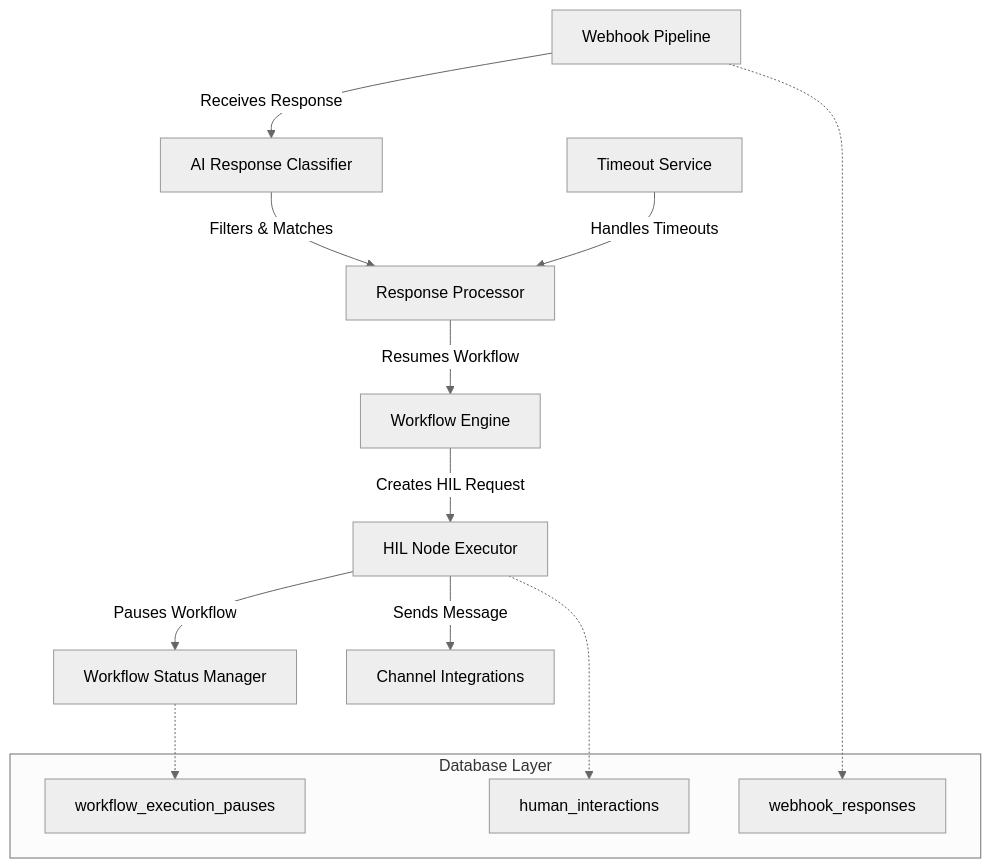
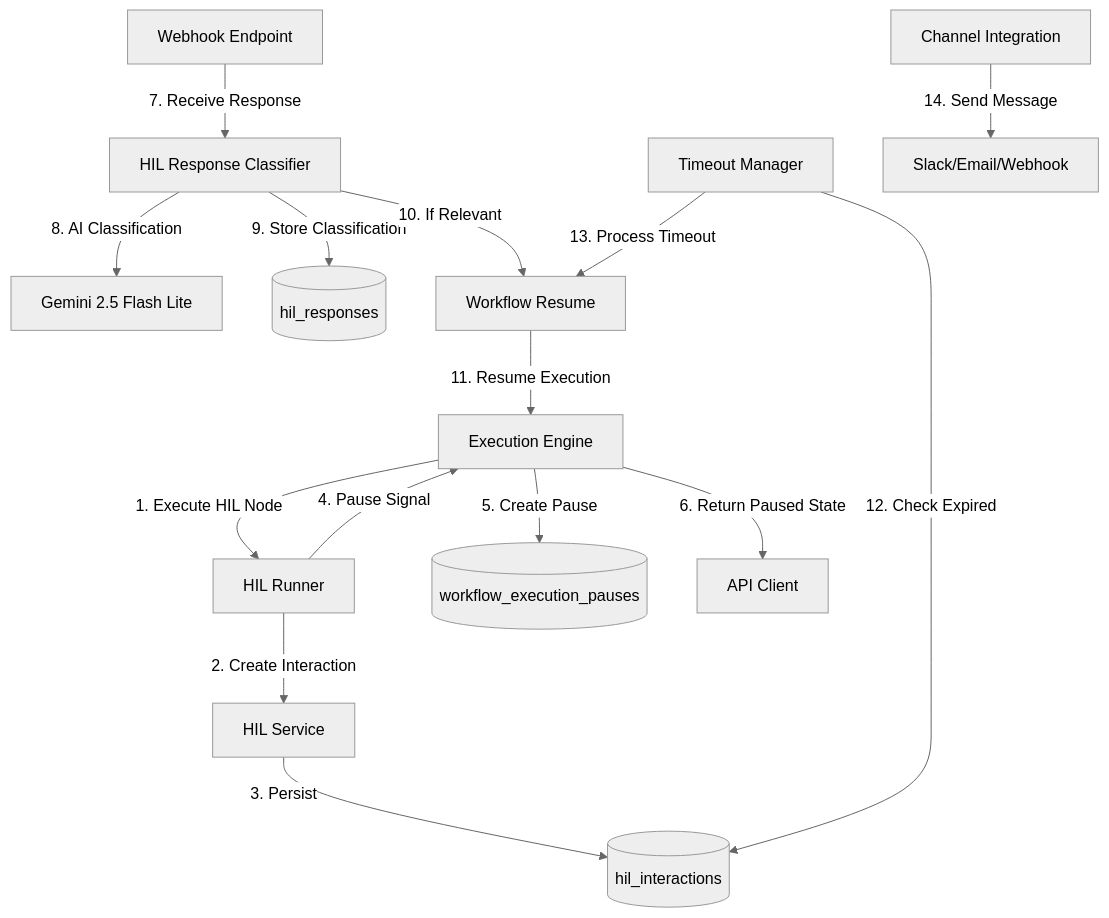
One commit to CurvatureX/agent_team_monorepo changed the first of 2 diagrams in docs/tech-design/human-in-loop-node-system.md. Above: the diagram before and after it, drawn with Mermaid (neutral theme). The commit also changed other lines of this file and 22 other files, not shown here.

````diff
--- a/docs/tech-design/human-in-loop-node-system.md
+++ b/docs/tech-design/human-in-loop-node-system.md
@@ -56,20 +42,20 @@
 ```mermaid
 graph TB
-    A[Workflow Engine] -->|Creates HIL Request| B[HIL Node Executor]
-    B -->|Pauses Workflow| C[Workflow Status Manager]
-    B -->|Sends Message| D[Channel Integrations]
-    E[Webhook Pipeline] -->|Receives Response| F[AI Response Classifier]
-    F -->|Filters & Matches| G[Response Processor]
-    G -->|Resumes Workflow| A
-    H[Timeout Service] -->|Handles Timeouts| G
+    A[Execution Engine] -->|1. Execute HIL Node| B[HIL Runner]
+    B -->|2. Create Interaction| C[HIL Service]
+    C -->|3. Persist| D[(hil_interactions)]
+    B -->|4. Pause Signal| A
+    A -->|5. Create Pause| E[(workflow_execution_pauses)]
+    A -->|6. Return Paused State| F[API Client]
 
-    subgraph "Database Layer"
-        I[human_interactions]
-        J[webhook_responses]
-        K[workflow_execution_pauses]
-    end
+    G[Webhook Endpoint] -->|7. Receive Response| H[HIL Response Classifier]
+    H -->|8. AI Classification| I[Gemini 2.5 Flash Lite]
+    H -->|9. Store Classification| J[(hil_responses)]
+    H -->|10. If Relevant| K[Workflow Resume]
+    K -->|11. Resume Execution| A
 
-    B -.-> I
-    E -.-> J
-    C -.-> K
+    L[Timeout Manager] -->|12. Check Expired| D
+    L -->|13. Process Timeout| K
+
+    M[Channel Integration] -->|14. Send Message| N[Slack/Email/Webhook]
 ```
````
